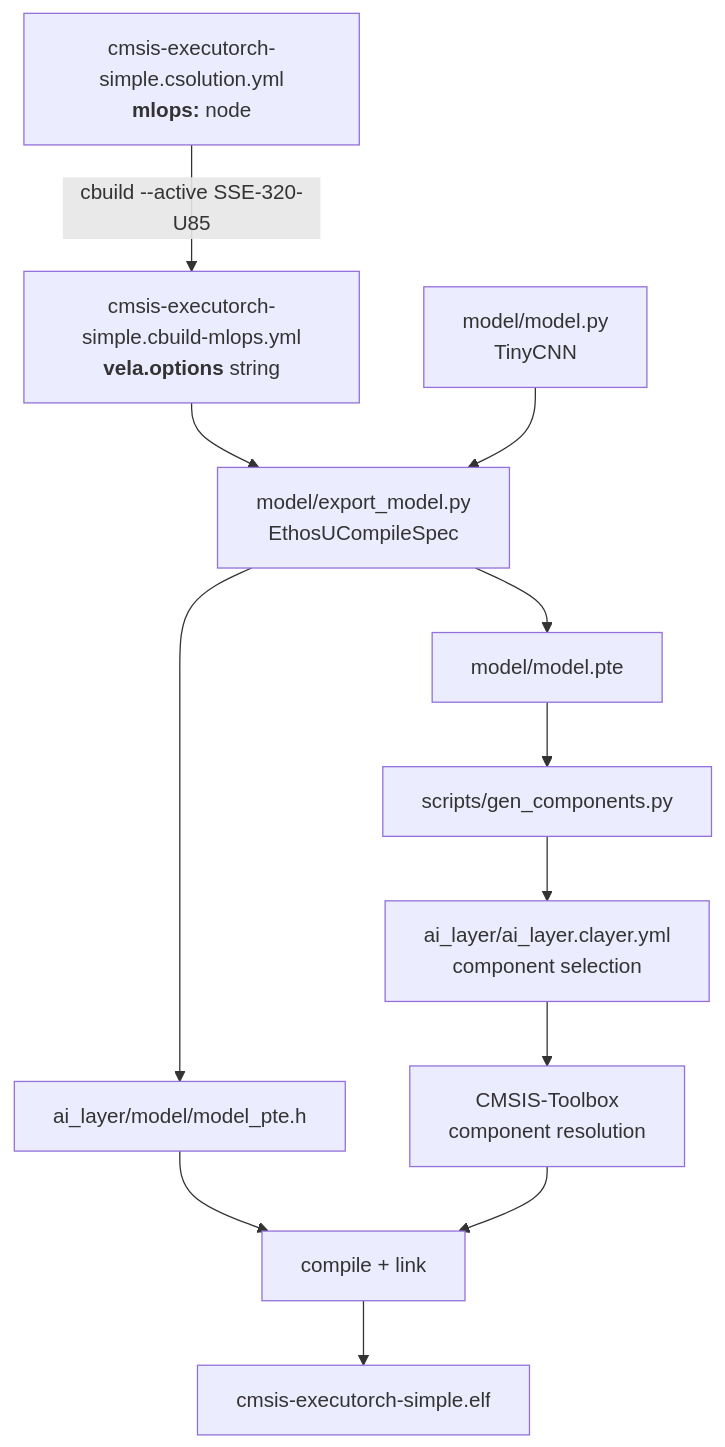
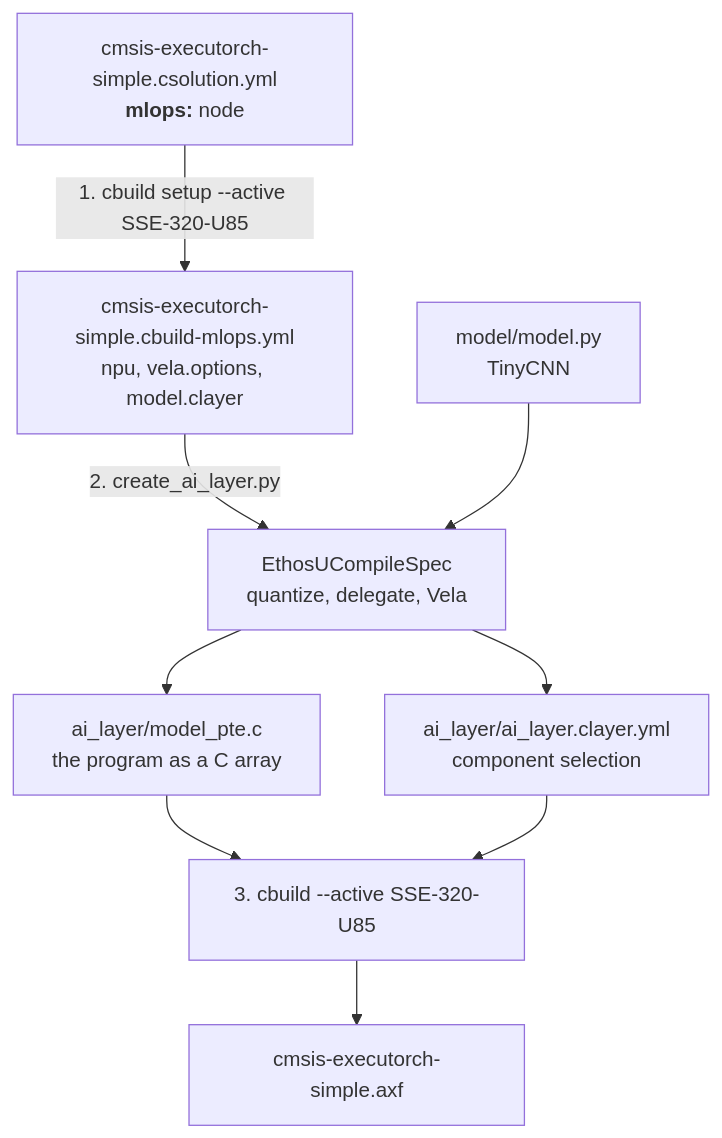
The diagram in documentation/mlops-flow.md (Arm-Examples/CMSIS-Executorch), drawn with Mermaid before and after one commit. The commit also changed other lines of this file and 22 other files, not shown here.

First line of the commit message:
Replace the executes: build step with a three-step MLOps flow

````diff
--- a/documentation/mlops-flow.md
+++ b/documentation/mlops-flow.md
@@ -10,14 +9,11 @@
 ```mermaid
 flowchart TD
-    A["cmsis-executorch-simple.csolution.yml<br/><b>mlops:</b> node"] -->|"cbuild --active SSE-320-U85"| B["cmsis-executorch-simple.cbuild-mlops.yml<br/><b>vela.options</b> string"]
-    B --> C["model/export_model.py<br/>EthosUCompileSpec"]
+    A["cmsis-executorch-simple.csolution.yml<br/><b>mlops:</b> node"] -->|"1. cbuild setup --active SSE-320-U85"| B["cmsis-executorch-simple.cbuild-mlops.yml<br/>npu, vela.options, model.clayer"]
+    B -->|"2. create_ai_layer.py"| C["EthosUCompileSpec<br/>quantize, delegate, Vela"]
     D["model/model.py<br/>TinyCNN"] --> C
-    C --> E["model/model.pte"]
-    C --> F["ai_layer/model/model_pte.h"]
-    E --> G["scripts/gen_components.py"]
-    G --> H["ai_layer/ai_layer.clayer.yml<br/>component selection"]
-    H --> I["CMSIS-Toolbox<br/>component resolution"]
-    F --> J["compile + link"]
-    I --> J
-    J --> K["cmsis-executorch-simple.elf"]
+    C --> E["ai_layer/model_pte.c<br/>the program as a C array"]
+    C --> F["ai_layer/ai_layer.clayer.yml<br/>component selection"]
+    E --> G["3. cbuild --active SSE-320-U85"]
+    F --> G
+    G --> H["cmsis-executorch-simple.axf"]
 ```
````
